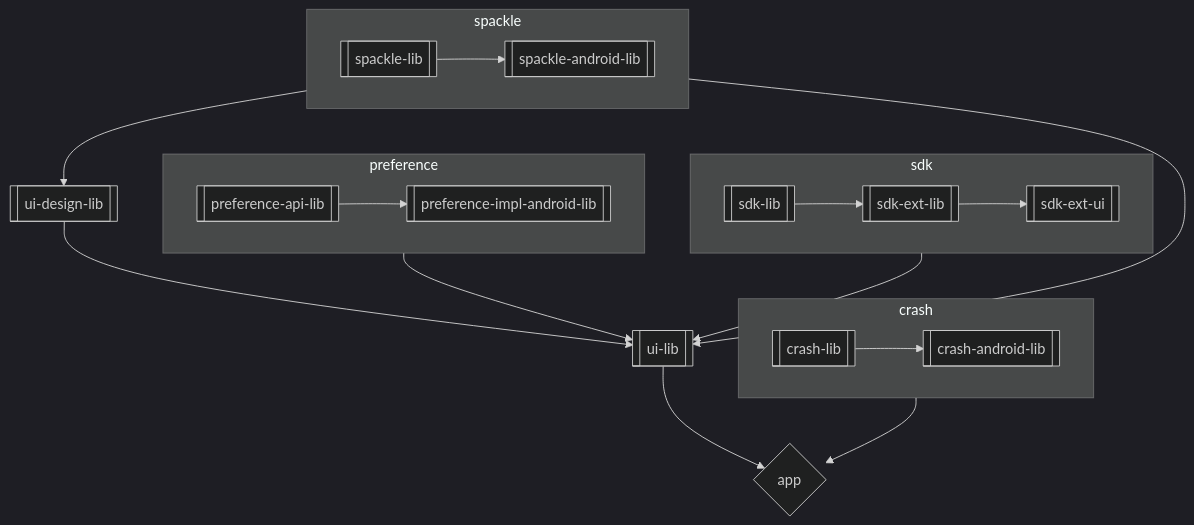
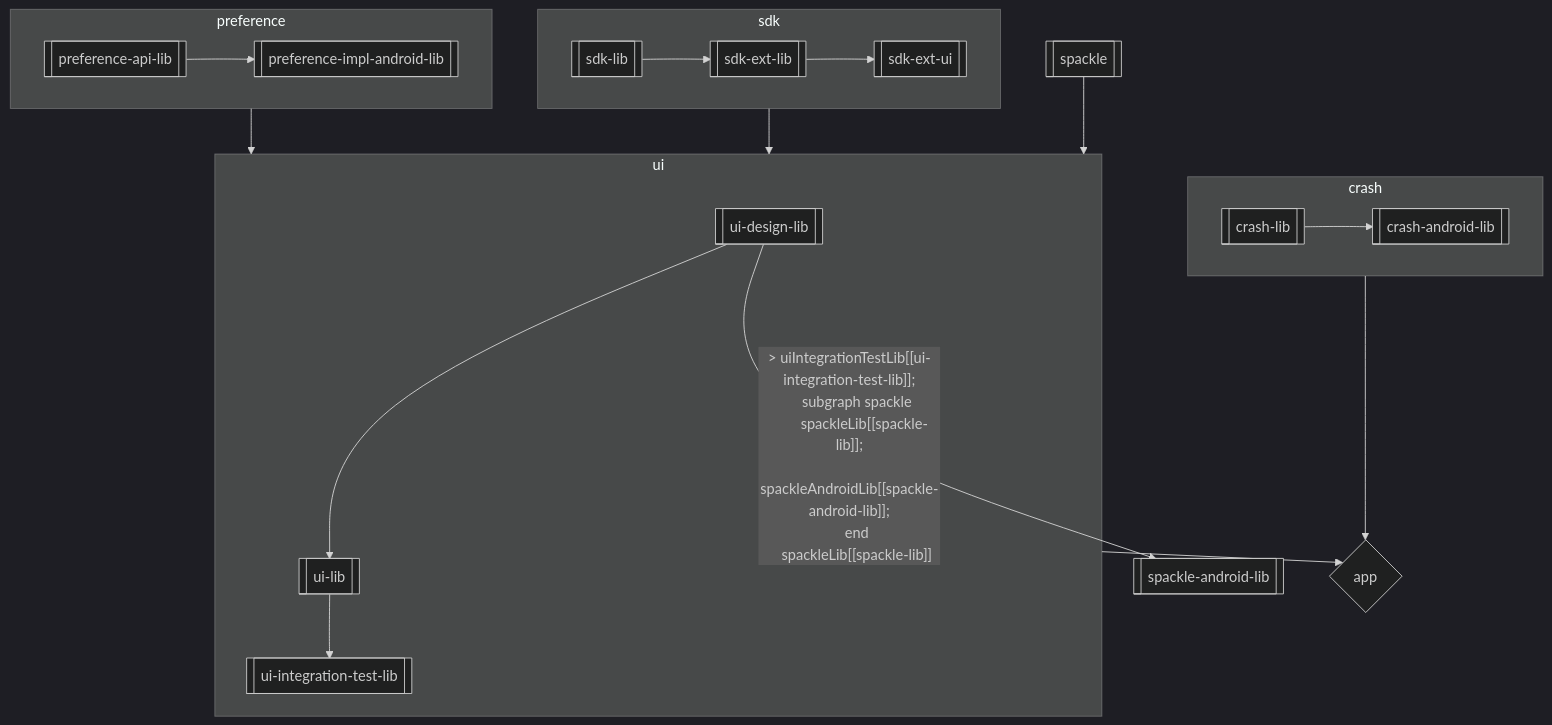
The diagram in docs/Architecture.md (Electric-Coin-Company/zashi-android), drawn with Mermaid (dark theme) before and after one commit. The commit also changed other lines of this file and 23 other files, not shown here.

````diff
--- a/docs/Architecture.md
+++ b/docs/Architecture.md
@@ -48,31 +50,37 @@
 ```mermaid
   flowchart TB;
       subgraph sdk
           sdkLib[[sdk-lib]];
           sdkExtLib[[sdk-ext-lib]];
           sdkExtUi[[sdk-ext-ui]];
       end
       sdkLib[[sdk-lib]] --> sdkExtLib[[sdk-ext-lib]] --> sdkExtUi[[sdk-ext-ui]];
       subgraph preference
           preferenceApiLib[[preference-api-lib]];
           preferenceImplAndroidLib[[preference-impl-android-lib]];
       end
       preferenceApiLib[[preference-api-lib]] --> preferenceImplAndroidLib[[preference-impl-android-lib]];
       subgraph crash
           crashLib[[crash-lib]];
           crashAndroidLib[[crash-android-lib]];
       end
       crashLib[[crash-lib]] --> crashAndroidLib[[crash-android-lib]];
+      subgraph ui
+          uiDesignLib[[ui-design-lib]];
+          uiLib[[ui-lib]];
+          uiIntegrationTestLib[[ui-integration-test-lib]];
+      end
+      uiDesignLib[[ui-design-lib]] --> uiLib[[ui-lib]];
+      uiLib[[ui-lib]] --> uiIntegrationTestLib[[ui-integration-test-lib]];
+      uiDesignLib[[ui-design-lib]] -- > uiIntegrationTestLib[[ui-integration-test-lib]];
       subgraph spackle
           spackleLib[[spackle-lib]];
           spackleAndroidLib[[spackle-android-lib]];
       end
       spackleLib[[spackle-lib]] --> spackleAndroidLib[[spackle-android-lib]];
-      preference --> uiLib[[ui-lib]];
-      sdk --> uiLib[[ui-lib]];
-      spackle[[spackle]] --> uiDesignLib[[ui-design-lib]];
-      spackle[[spackle]] --> uiLib[[ui-lib]];
-      uiDesignLib[[ui-design-lib]] --> uiLib[[ui-lib]];
+      preference --> ui[[ui]];
+      sdk --> ui[[ui]];
+      spackle[[spackle]] --> ui[[ui]];
+      ui[[ui]] --> app{app};
       crash[[crash]] --> app{app};
-      uiLib[[ui-lib]] --> app{app};
 ```
````
